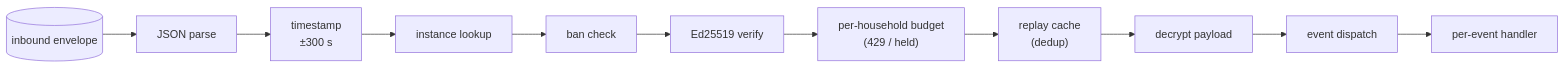
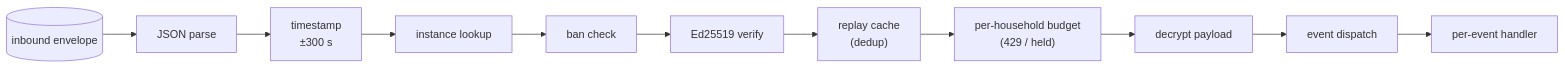
One commit to social-home-io/socialhome changed the second of 2 diagrams in docs/protocol/README.md. Above: the diagram before and after it, drawn with Mermaid. The commit also changed 12 other files, not shown here.

First line of the commit message:
Charge the per-household budget after the replay check

````diff
--- a/docs/protocol/README.md
+++ b/docs/protocol/README.md
@@ -56,14 +56,14 @@
 ```mermaid
 flowchart LR
     inbound[("inbound envelope")]
     inbound --> parse["JSON parse"]
     parse --> ts["timestamp<br/>±300 s"]
     ts --> instance["instance lookup"]
     instance --> ban["ban check"]
     ban --> sig["Ed25519 verify"]
-    sig --> budget["per-household budget<br/>(429 / held)"]
-    budget --> replay["replay cache<br/>(dedup)"]
-    replay --> decrypt["decrypt payload"]
+    sig --> replay["replay cache<br/>(dedup)"]
+    replay --> budget["per-household budget<br/>(429 / held)"]
+    budget --> decrypt["decrypt payload"]
     decrypt --> dispatch["event dispatch"]
     dispatch --> handler["per-event handler"]
 ```
````
